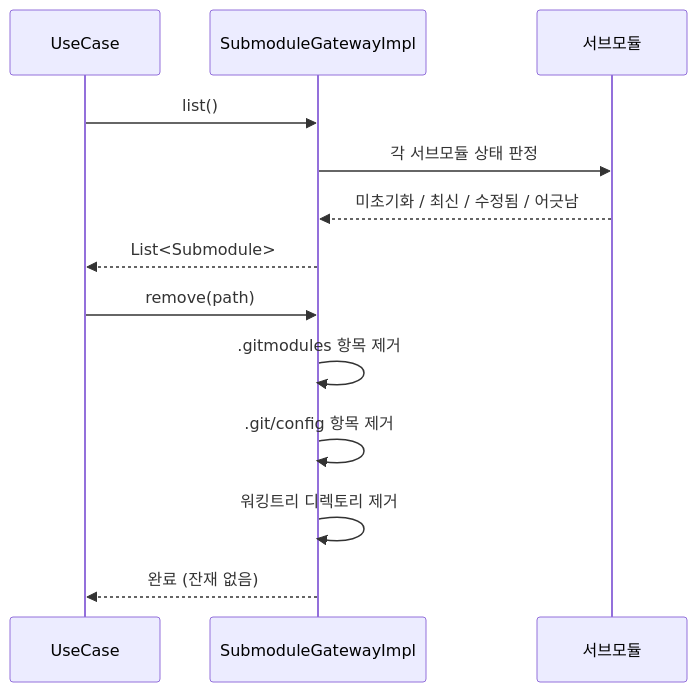
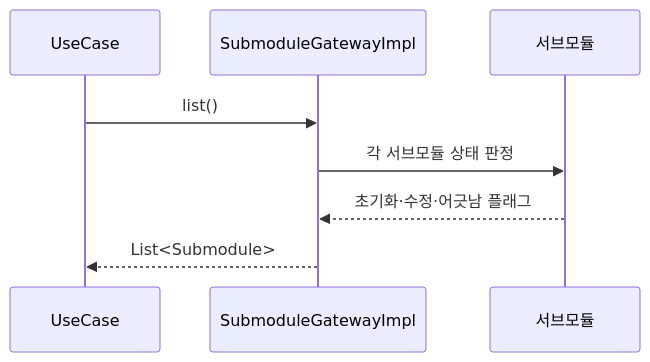
One commit to biuea3866/gitkraken-clone-app changed the first of 2 diagrams in tickets/UND-32-submodule-management.md. Above: the diagram before and after it, drawn with Mermaid. The commit also changed other lines of this file and 11 other files, not shown here.

````diff
--- a/tickets/UND-32-submodule-management.md
+++ b/tickets/UND-32-submodule-management.md
@@ -31,15 +25,10 @@
 ```mermaid
 sequenceDiagram
     participant UC as UseCase
     participant GW as SubmoduleGatewayImpl
     participant Sub as 서브모듈
     UC->>GW: list()
     GW->>Sub: 각 서브모듈 상태 판정
-    Sub-->>GW: 미초기화 / 최신 / 수정됨 / 어긋남
+    Sub-->>GW: 초기화·수정·어긋남 플래그
     GW-->>UC: List<Submodule>
-    UC->>GW: remove(path)
-    GW->>GW: .gitmodules 항목 제거
-    GW->>GW: .git/config 항목 제거
-    GW->>GW: 워킹트리 디렉토리 제거
-    GW-->>UC: 완료 (잔재 없음)
 ```
````
